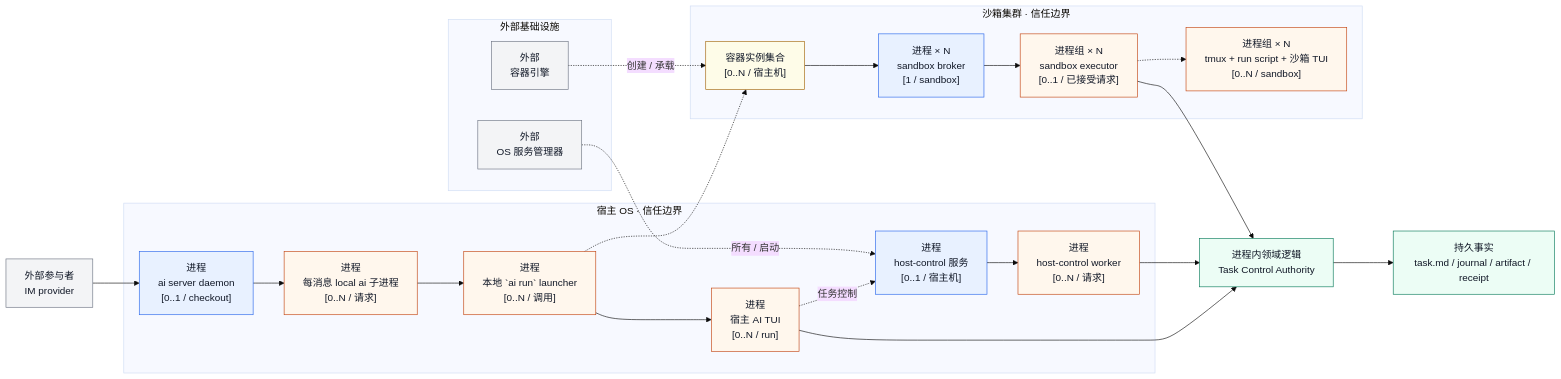
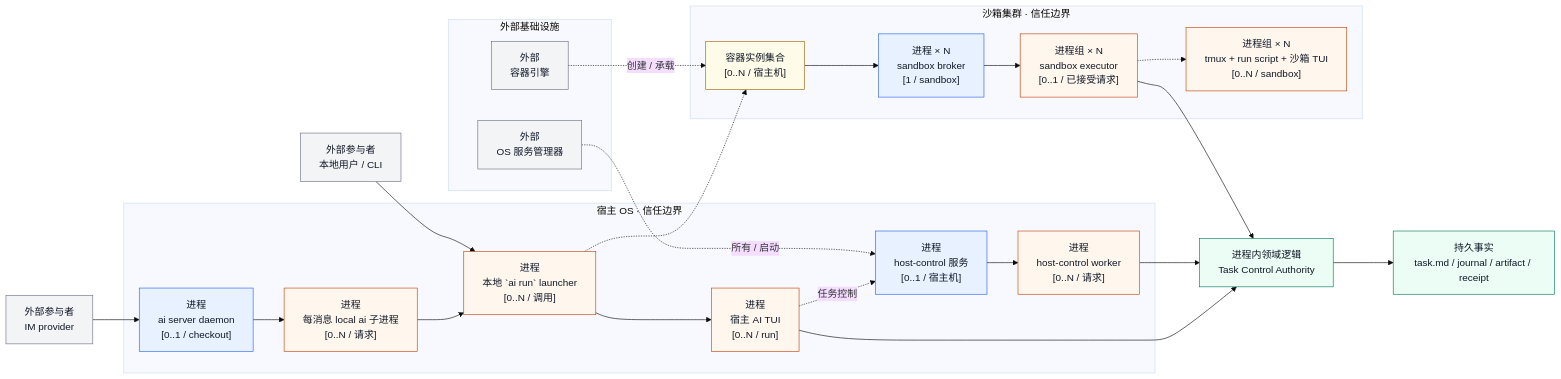
Before and after one commit to fitlab-ai/agent-infra: the second of 3 diagrams in docs/zh-CN/architecture.md, drawn with Mermaid (base theme). The commit also changed 1 other file, not shown here.

Commit message:
docs(architecture): restore local cli entry

````diff
--- a/docs/zh-CN/architecture.md
+++ b/docs/zh-CN/architecture.md
@@ -57,50 +57,52 @@
 ```mermaid
 flowchart LR
   classDef process fill:#e8f1ff,stroke:#2563eb,color:#111827;
   classDef processGroup fill:#fff7ed,stroke:#c2410c,color:#111827;
   classDef domain fill:#ecfdf5,stroke:#047857,color:#111827;
   classDef boundary fill:#fefce8,stroke:#a16207,color:#111827;
   classDef external fill:#f3f4f6,stroke:#6b7280,color:#111827;
 
   IM["外部参与者<br/>IM provider"]:::external
+  LOCAL["外部参与者<br/>本地用户 / CLI"]:::external
 
   subgraph H["宿主 OS · 信任边界"]
     D["进程<br/>ai server daemon<br/>[0..1 / checkout]"]:::process
     C["进程<br/>每消息 local ai 子进程<br/>[0..N / 请求]"]:::processGroup
     L["进程<br/>本地 `ai run` launcher<br/>[0..N / 调用]"]:::processGroup
     HT["进程<br/>宿主 AI TUI<br/>[0..N / run]"]:::processGroup
     HC["进程<br/>host-control 服务<br/>[0..1 / 宿主机]"]:::process
     HW["进程<br/>host-control worker<br/>[0..N / 请求]"]:::processGroup
   end
 
   subgraph F["沙箱集群 · 信任边界"]
     SF["容器实例集合<br/>[0..N / 宿主机]"]:::boundary
     B["进程 × N<br/>sandbox broker<br/>[1 / sandbox]"]:::process
     E["进程组 × N<br/>sandbox executor<br/>[0..1 / 已接受请求]"]:::processGroup
     R["进程组 × N<br/>tmux + run script + 沙箱 TUI<br/>[0..N / sandbox]"]:::processGroup
   end
 
   subgraph X["外部基础设施"]
     ENG["外部<br/>容器引擎"]:::external
     SM["外部<br/>OS 服务管理器"]:::external
   end
 
   TA["进程内领域逻辑<br/>Task Control Authority"]:::domain
   STATE["持久事实<br/>task.md / journal / artifact / receipt"]:::domain
 
   IM --> D
+  LOCAL --> L
   D --> C --> L
   L --> HT
   L -.-> SF
   SF --> B
   B --> E
   E -.-> R
   SM -. 所有 / 启动 .-> HC
   HC --> HW
   ENG -. 创建 / 承载 .-> SF
   HT -. 任务控制 .-> HC
   HW --> TA
   HT --> TA
   E --> TA
   TA --> STATE
 ```
````
